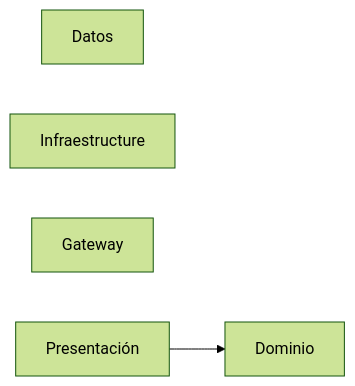
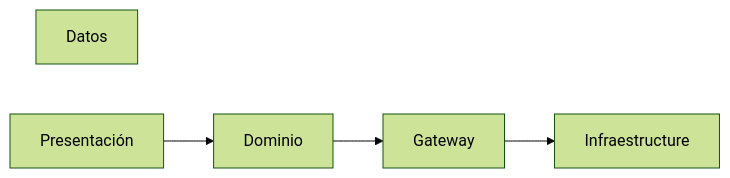
Before and after one commit to stivengm/README: the diagram in README.md, drawn with Mermaid (forest theme).

````diff
--- a/README.md
+++ b/README.md
@@ -3,13 +3,15 @@
 ```mermaid
 
 graph LR;
 
 D[Dominio]
 A[Datos]
 I[Infraestructure]
 G[Gateway]
 P[Presentación]
 
 P --> D
+D --> G
+G --> I
 
 ```
````
